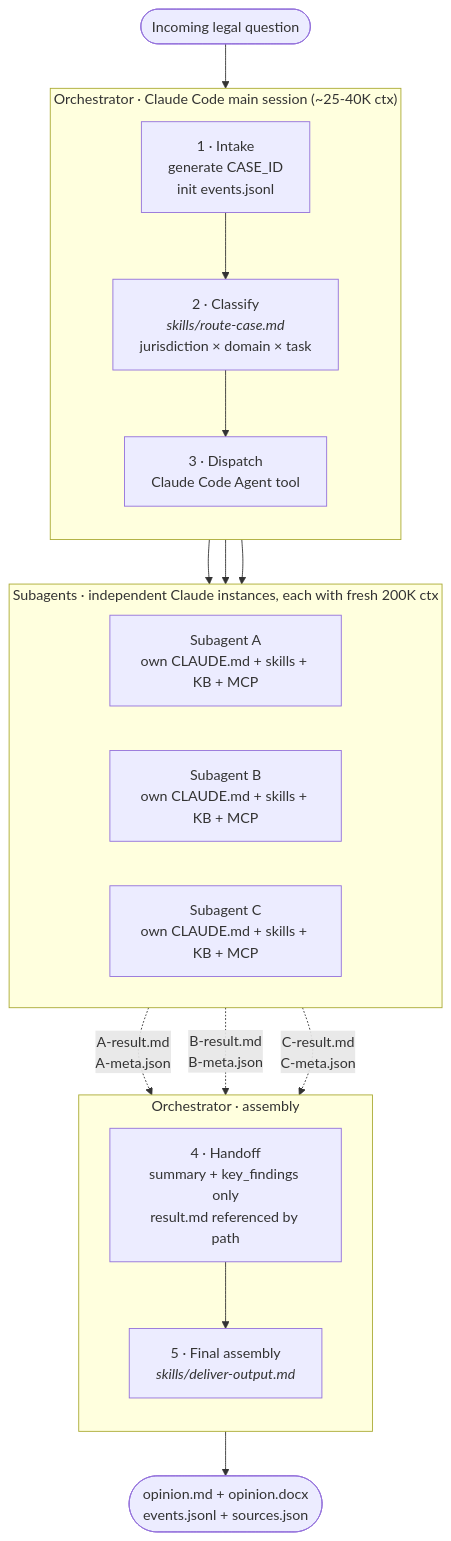
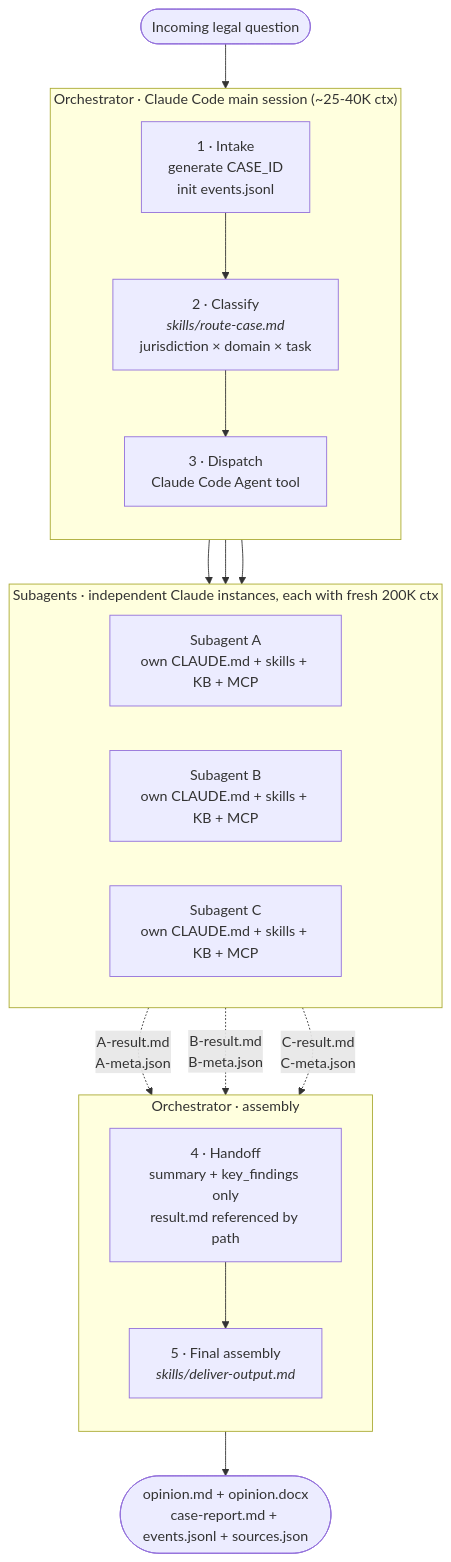
One commit to kipeum86/legal-agent-orchestrator changed the first of 2 diagrams in README.md. Above: the diagram before and after it, drawn with Mermaid. The commit also changed other lines of this file and 2 other files, not shown here.

Commit message:
Update docs for case-report workflow

````diff
--- a/README.md
+++ b/README.md
@@ -67,37 +65,37 @@
 ```mermaid
 flowchart TB
     Q([Incoming legal question])
     Q --> I
 
     subgraph OrcTop["Orchestrator · Claude Code main session (~25-40K ctx)"]
         direction TB
         I["1 · Intake<br/>generate CASE_ID<br/>init events.jsonl"]
         C["2 · Classify<br/><i>skills/route-case.md</i><br/>jurisdiction × domain × task"]
         D["3 · Dispatch<br/>Claude Code Agent tool"]
         I --> C --> D
     end
 
     D --> SA
     D --> SB
     D --> SC
 
     subgraph Subs["Subagents · independent Claude instances, each with fresh 200K ctx"]
         direction LR
         SA["Subagent A<br/>own CLAUDE.md + skills + KB + MCP"]
         SB["Subagent B<br/>own CLAUDE.md + skills + KB + MCP"]
         SC["Subagent C<br/>own CLAUDE.md + skills + KB + MCP"]
     end
 
     SA -.->|"A-result.md<br/>A-meta.json"| H
     SB -.->|"B-result.md<br/>B-meta.json"| H
     SC -.->|"C-result.md<br/>C-meta.json"| H
 
     subgraph OrcBot["Orchestrator · assembly"]
         direction TB
         H["4 · Handoff<br/>summary + key_findings only<br/>result.md referenced by path"]
         F["5 · Final assembly<br/><i>skills/deliver-output.md</i>"]
         H --> F
     end
 
-    F --> OUT([opinion.md + opinion.docx<br/>events.jsonl + sources.json])
+    F --> OUT([opinion.md + opinion.docx<br/>case-report.md + events.jsonl + sources.json])
 ```
````
